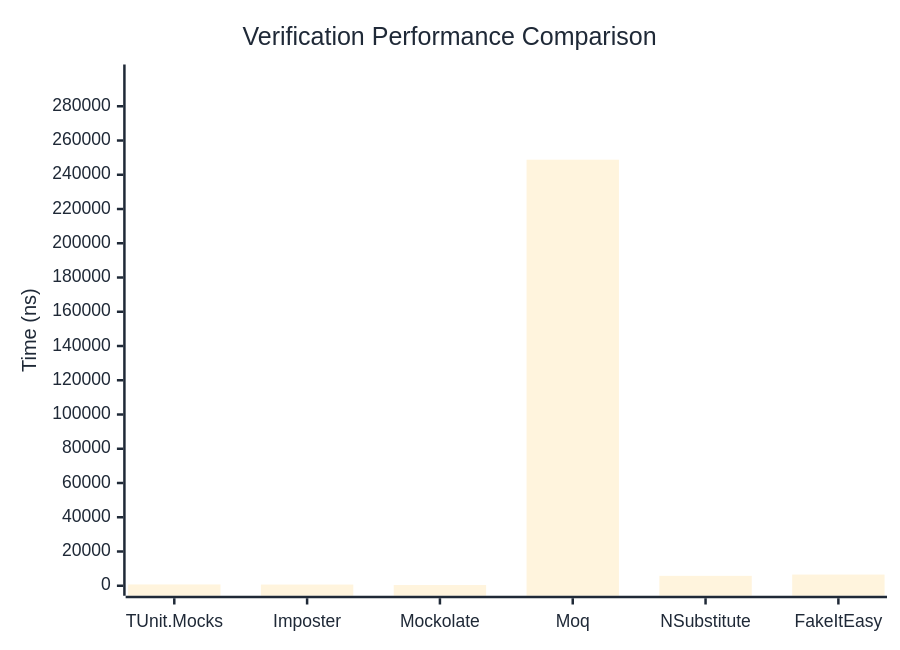
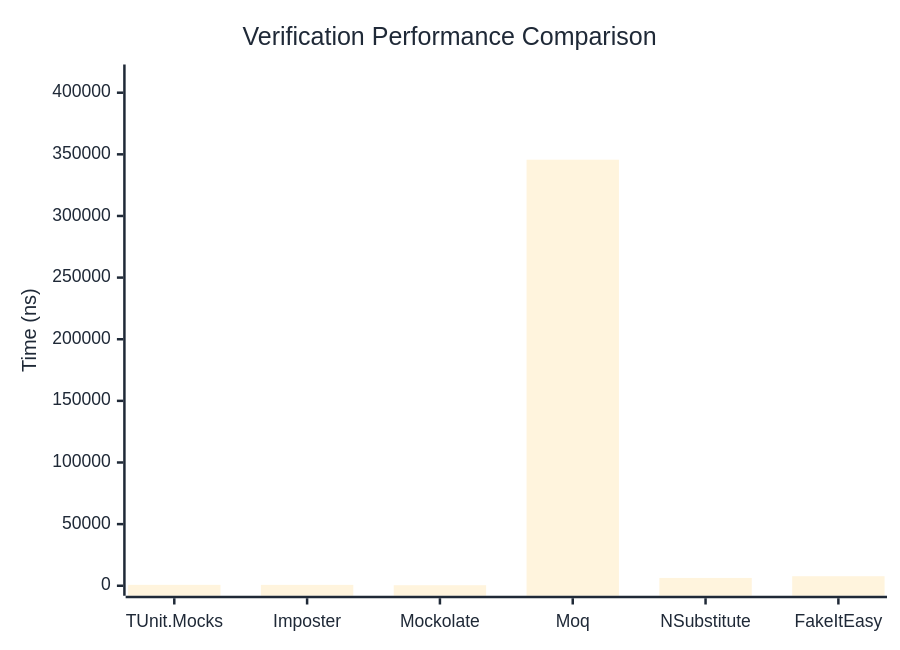
The first of 3 diagrams in docs/docs/benchmarks/mocks/Verification.md (thomhurst/TUnit), drawn with Mermaid before and after one commit. The commit also changed other lines of this file and 14 other files, not shown here.

````diff
--- a/docs/docs/benchmarks/mocks/Verification.md
+++ b/docs/docs/benchmarks/mocks/Verification.md
@@ -30,27 +30,27 @@
 ```mermaid
 %%{init: {
   'theme':'base',
   'themeVariables': {
     'primaryColor': '#2563eb',
     'primaryTextColor': '#1f2937',
     'primaryBorderColor': '#1e40af',
     'lineColor': '#6b7280',
     'secondaryColor': '#7c3aed',
     'tertiaryColor': '#dc2626',
     'background': '#ffffff',
     'pie1': '#2563eb',
     'pie2': '#7c3aed',
     'pie3': '#dc2626',
     'pie4': '#f59e0b',
     'pie5': '#10b981',
     'pie6': '#06b6d4',
     'pie7': '#ec4899',
     'pie8': '#6366f1'
   }
 }}%%
 xychart-beta
   title "Verification Performance Comparison"
   x-axis ["TUnit.Mocks", "Imposter", "Mockolate", "Moq", "NSubstitute", "FakeItEasy"]
-  y-axis "Time (ns)" 0 --> 298550
-  bar [759.94, 687.04, 417.03, 248790.88, 5786.21, 6528.17]
+  y-axis "Time (ns)" 0 --> 414772
+  bar [726.43, 709.66, 437.19, 345643.09, 6337.24, 7729.3]
 ```
````
